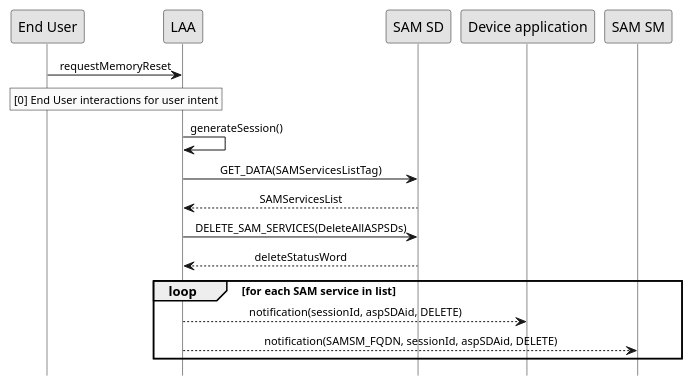
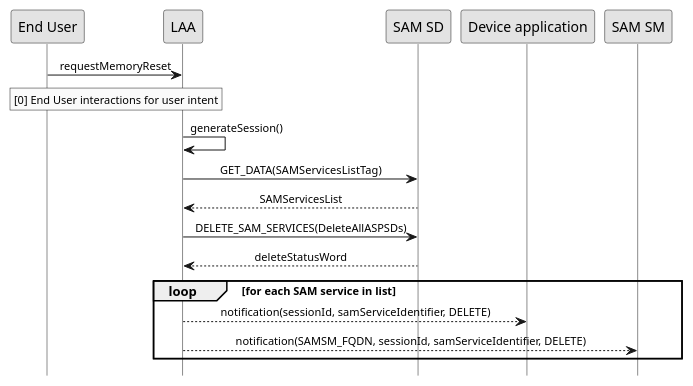
Before and after one commit to GlobalPlatform/LAA-SAM_SM-Interface: the diagram in doc/uml/reset.pu, drawn with PlantUML. The commit also changed 27 other files, not shown here.

Commit message:
- diag update with samServiceIdentifier - add contributing - remove examples directory (all in yaml file)

```diff
--- a/doc/uml/reset.pu
+++ b/doc/uml/reset.pu
@@ -2,32 +2,32 @@
 @startuml
  
 hide footbox
 skinparam sequenceMessageAlign center
 skinparam sequenceArrowFontSize 11
 skinparam noteFontSize 11
 skinparam monochrome true
 skinparam lifelinestrategy solid
  
 "End User" -> "LAA" : requestMemoryReset
 
  
 rnote over "LAA", "End User"
      [0] End User interactions for user intent
 end rnote
 
 LAA -> LAA : generateSession()
 
 LAA -> "SAM SD" : GET_DATA(SAMServicesListTag)
 "SAM SD" --> LAA : SAMServicesList  
 
 "LAA" -> "SAM SD" : DELETE_SAM_SERVICES(DeleteAllASPSDs) 
 "SAM SD" --> LAA : deleteStatusWord
 
 loop for each SAM service in list
  
-LAA --> "Device application" : notification(sessionId, aspSDAid, DELETE)
+LAA --> "Device application" : notification(sessionId, samServiceIdentifier, DELETE)
  
-LAA --> "SAM SM" : notification(SAMSM_FQDN, sessionId, aspSDAid, DELETE)
+LAA --> "SAM SM" : notification(SAMSM_FQDN, sessionId, samServiceIdentifier, DELETE)
 end loop
 
 @enduml
```
